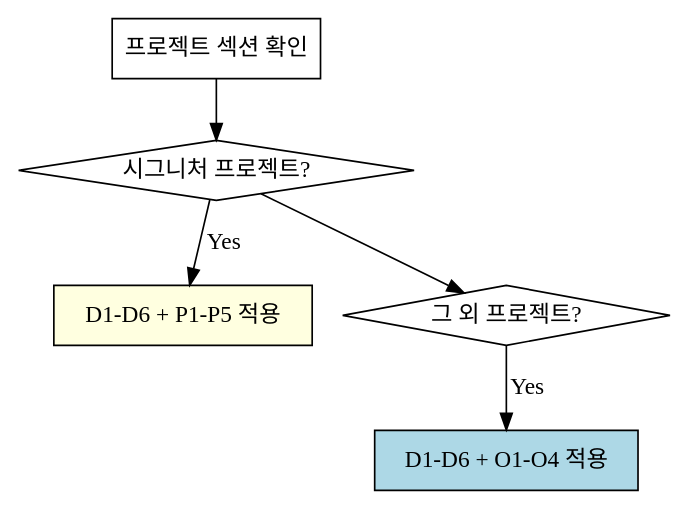
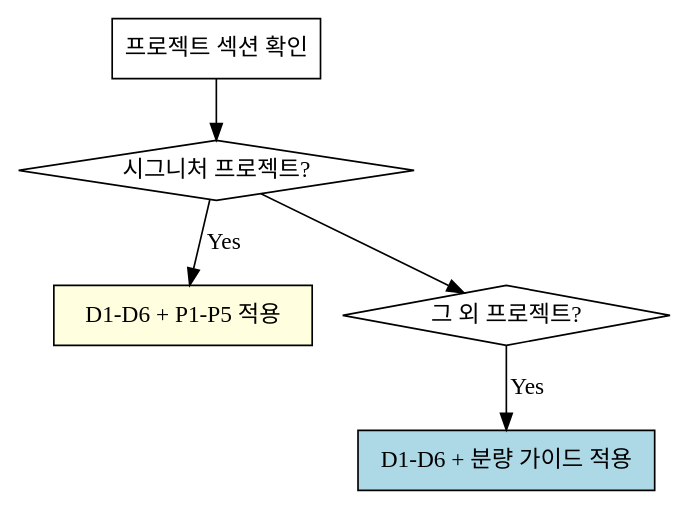
One commit to toongri/oh-my-toong-playground changed the second of 2 diagrams in projects/toongri.github.io/skills/review-resume/SKILL.md. Above: the diagram before and after it, drawn with Graphviz. The commit also changed other lines of this file and 1 other file, not shown here.

````diff
--- a/projects/toongri.github.io/skills/review-resume/SKILL.md
+++ b/projects/toongri.github.io/skills/review-resume/SKILL.md
@@ -290,15 +339,15 @@
 ```dot
 digraph section_branch {
     rankdir=TB;
     "프로젝트 섹션 확인" [shape=box];
     "시그니처 프로젝트?" [shape=diamond];
     "D1-D6 + P1-P5 적용" [shape=box, style=filled, fillcolor=lightyellow];
     "그 외 프로젝트?" [shape=diamond];
-    "D1-D6 + O1-O4 적용" [shape=box, style=filled, fillcolor=lightblue];
+    "D1-D6 + 분량 가이드 적용" [shape=box, style=filled, fillcolor=lightblue];
 
     "프로젝트 섹션 확인" -> "시그니처 프로젝트?";
     "시그니처 프로젝트?" -> "D1-D6 + P1-P5 적용" [label="Yes"];
     "시그니처 프로젝트?" -> "그 외 프로젝트?";
-    "그 외 프로젝트?" -> "D1-D6 + O1-O4 적용" [label="Yes"];
+    "그 외 프로젝트?" -> "D1-D6 + 분량 가이드 적용" [label="Yes"];
 }
 ```
````
